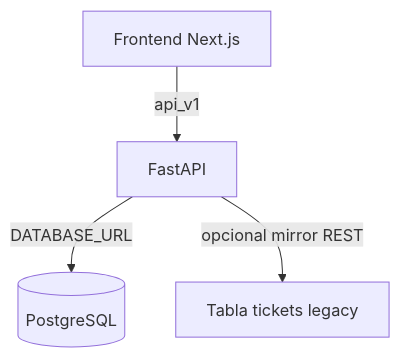
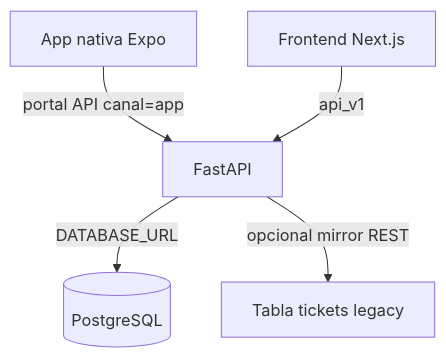
Before and after one commit to gabrielcasaliggi/imowi-copilot: the diagram in docs/ARQUITECTURA_PLATAFORMA.md, drawn with Mermaid. The commit also changed 38 other files, not shown here.

First line of the commit message:
feat(app): canal nativo Expo para el abonado

````diff
--- a/docs/ARQUITECTURA_PLATAFORMA.md
+++ b/docs/ARQUITECTURA_PLATAFORMA.md
@@ -9,6 +9,7 @@
 ```mermaid
 flowchart TB
-    nextjs[Frontend Next.js] -->|api_v1| fastapi[FastAPI]
+    app[App nativa Expo] -->|portal API canal=app| fastapi[FastAPI]
+    nextjs[Frontend Next.js] -->|api_v1| fastapi
     fastapi -->|DATABASE_URL| postgres[(PostgreSQL)]
     fastapi -->|opcional mirror REST| supabaseRest[Tabla tickets legacy]
 ```
````
